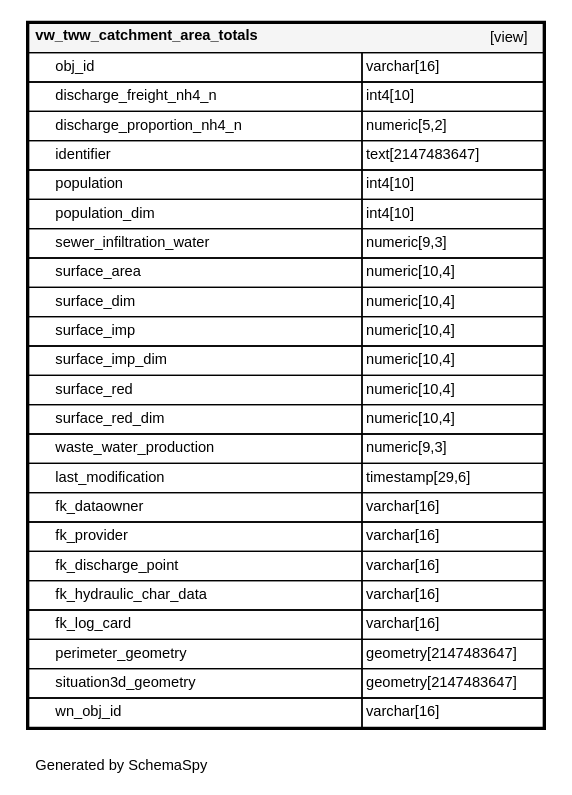
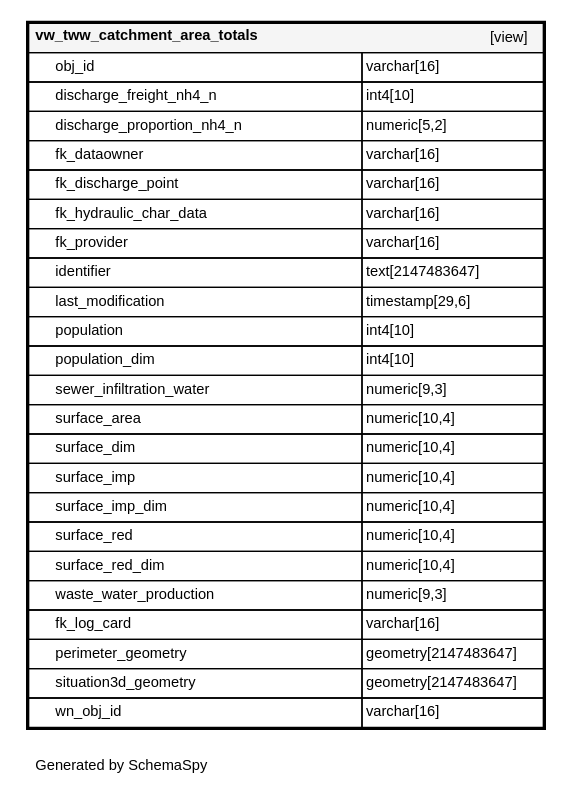
One commit to teksi/wastewater changed the diagram in fr/_static/datamodel/tww_app/diagrams/tables/vw_tww_catchment_area_totals.1degree.dot. Above: the diagram before and after it, drawn with Graphviz. The commit also changed other lines of this file and 117 other files, not shown here.

```diff
--- a/fr/_static/datamodel/tww_app/diagrams/tables/vw_tww_catchment_area_totals.1degree.dot
+++ b/fr/_static/datamodel/tww_app/diagrams/tables/vw_tww_catchment_area_totals.1degree.dot
@@ -1,35 +1,35 @@
 digraph "oneDegreeRelationshipsDiagram" {
   graph [    rankdir="RL"    bgcolor="#ffffff"    label="\nGenerated by SchemaSpy"    labeljust="l"    nodesep="0.18"    ranksep="0.46"    fontname="Helvetica"    fontsize="11"    packmode="graph"  ];  node [    fontname="Helvetica"    fontsize="11"    shape="plaintext"  ];  edge [    arrowsize="0.8"  ];
   "vw_tww_catchment_area_totals" [
    label=<
     <TABLE BORDER="2" CELLBORDER="1" CELLSPACING="0" BGCOLOR="#ffffff">
       <TR><TD COLSPAN="4"  BGCOLOR="#f5f5f5"><TABLE BORDER="0" CELLSPACING="0"><TR><TD ALIGN="LEFT" FIXEDSIZE="TRUE" WIDTH="229" HEIGHT="16"><B>vw_tww_catchment_area_totals</B></TD><TD ALIGN="RIGHT">[view]</TD></TR></TABLE></TD></TR>
       <TR><TD PORT="obj_id" COLSPAN="2" ALIGN="LEFT"><TABLE BORDER="0" CELLSPACING="0" ALIGN="LEFT"><TR ALIGN="LEFT"><TD ALIGN="LEFT" FIXEDSIZE="TRUE" WIDTH="15" HEIGHT="16"></TD><TD ALIGN="LEFT" FIXEDSIZE="TRUE" WIDTH="229" HEIGHT="16">obj_id</TD></TR></TABLE></TD><TD PORT="obj_id.type" ALIGN="LEFT">varchar[16]</TD></TR>
       <TR><TD PORT="discharge_freight_nh4_n" COLSPAN="2" ALIGN="LEFT"><TABLE BORDER="0" CELLSPACING="0" ALIGN="LEFT"><TR ALIGN="LEFT"><TD ALIGN="LEFT" FIXEDSIZE="TRUE" WIDTH="15" HEIGHT="16"></TD><TD ALIGN="LEFT" FIXEDSIZE="TRUE" WIDTH="229" HEIGHT="16">discharge_freight_nh4_n</TD></TR></TABLE></TD><TD PORT="discharge_freight_nh4_n.type" ALIGN="LEFT">int4[10]</TD></TR>
       <TR><TD PORT="discharge_proportion_nh4_n" COLSPAN="2" ALIGN="LEFT"><TABLE BORDER="0" CELLSPACING="0" ALIGN="LEFT"><TR ALIGN="LEFT"><TD ALIGN="LEFT" FIXEDSIZE="TRUE" WIDTH="15" HEIGHT="16"></TD><TD ALIGN="LEFT" FIXEDSIZE="TRUE" WIDTH="229" HEIGHT="16">discharge_proportion_nh4_n</TD></TR></TABLE></TD><TD PORT="discharge_proportion_nh4_n.type" ALIGN="LEFT">numeric[5,2]</TD></TR>
+      <TR><TD PORT="fk_dataowner" COLSPAN="2" ALIGN="LEFT"><TABLE BORDER="0" CELLSPACING="0" ALIGN="LEFT"><TR ALIGN="LEFT"><TD ALIGN="LEFT" FIXEDSIZE="TRUE" WIDTH="15" HEIGHT="16"></TD><TD ALIGN="LEFT" FIXEDSIZE="TRUE" WIDTH="229" HEIGHT="16">fk_dataowner</TD></TR></TABLE></TD><TD PORT="fk_dataowner.type" ALIGN="LEFT">varchar[16]</TD></TR>
+      <TR><TD PORT="fk_discharge_point" COLSPAN="2" ALIGN="LEFT"><TABLE BORDER="0" CELLSPACING="0" ALIGN="LEFT"><TR ALIGN="LEFT"><TD ALIGN="LEFT" FIXEDSIZE="TRUE" WIDTH="15" HEIGHT="16"></TD><TD ALIGN="LEFT" FIXEDSIZE="TRUE" WIDTH="229" HEIGHT="16">fk_discharge_point</TD></TR></TABLE></TD><TD PORT="fk_discharge_point.type" ALIGN="LEFT">varchar[16]</TD></TR>
+      <TR><TD PORT="fk_hydraulic_char_data" COLSPAN="2" ALIGN="LEFT"><TABLE BORDER="0" CELLSPACING="0" ALIGN="LEFT"><TR ALIGN="LEFT"><TD ALIGN="LEFT" FIXEDSIZE="TRUE" WIDTH="15" HEIGHT="16"></TD><TD ALIGN="LEFT" FIXEDSIZE="TRUE" WIDTH="229" HEIGHT="16">fk_hydraulic_char_data</TD></TR></TABLE></TD><TD PORT="fk_hydraulic_char_data.type" ALIGN="LEFT">varchar[16]</TD></TR>
+      <TR><TD PORT="fk_provider" COLSPAN="2" ALIGN="LEFT"><TABLE BORDER="0" CELLSPACING="0" ALIGN="LEFT"><TR ALIGN="LEFT"><TD ALIGN="LEFT" FIXEDSIZE="TRUE" WIDTH="15" HEIGHT="16"></TD><TD ALIGN="LEFT" FIXEDSIZE="TRUE" WIDTH="229" HEIGHT="16">fk_provider</TD></TR></TABLE></TD><TD PORT="fk_provider.type" ALIGN="LEFT">varchar[16]</TD></TR>
       <TR><TD PORT="identifier" COLSPAN="2" ALIGN="LEFT"><TABLE BORDER="0" CELLSPACING="0" ALIGN="LEFT"><TR ALIGN="LEFT"><TD ALIGN="LEFT" FIXEDSIZE="TRUE" WIDTH="15" HEIGHT="16"></TD><TD ALIGN="LEFT" FIXEDSIZE="TRUE" WIDTH="229" HEIGHT="16">identifier</TD></TR></TABLE></TD><TD PORT="identifier.type" ALIGN="LEFT">text[2147483647]</TD></TR>
+      <TR><TD PORT="last_modification" COLSPAN="2" ALIGN="LEFT"><TABLE BORDER="0" CELLSPACING="0" ALIGN="LEFT"><TR ALIGN="LEFT"><TD ALIGN="LEFT" FIXEDSIZE="TRUE" WIDTH="15" HEIGHT="16"></TD><TD ALIGN="LEFT" FIXEDSIZE="TRUE" WIDTH="229" HEIGHT="16">last_modification</TD></TR></TABLE></TD><TD PORT="last_modification.type" ALIGN="LEFT">timestamp[29,6]</TD></TR>
       <TR><TD PORT="population" COLSPAN="2" ALIGN="LEFT"><TABLE BORDER="0" CELLSPACING="0" ALIGN="LEFT"><TR ALIGN="LEFT"><TD ALIGN="LEFT" FIXEDSIZE="TRUE" WIDTH="15" HEIGHT="16"></TD><TD ALIGN="LEFT" FIXEDSIZE="TRUE" WIDTH="229" HEIGHT="16">population</TD></TR></TABLE></TD><TD PORT="population.type" ALIGN="LEFT">int4[10]</TD></TR>
       <TR><TD PORT="population_dim" COLSPAN="2" ALIGN="LEFT"><TABLE BORDER="0" CELLSPACING="0" ALIGN="LEFT"><TR ALIGN="LEFT"><TD ALIGN="LEFT" FIXEDSIZE="TRUE" WIDTH="15" HEIGHT="16"></TD><TD ALIGN="LEFT" FIXEDSIZE="TRUE" WIDTH="229" HEIGHT="16">population_dim</TD></TR></TABLE></TD><TD PORT="population_dim.type" ALIGN="LEFT">int4[10]</TD></TR>
       <TR><TD PORT="sewer_infiltration_water" COLSPAN="2" ALIGN="LEFT"><TABLE BORDER="0" CELLSPACING="0" ALIGN="LEFT"><TR ALIGN="LEFT"><TD ALIGN="LEFT" FIXEDSIZE="TRUE" WIDTH="15" HEIGHT="16"></TD><TD ALIGN="LEFT" FIXEDSIZE="TRUE" WIDTH="229" HEIGHT="16">sewer_infiltration_water</TD></TR></TABLE></TD><TD PORT="sewer_infiltration_water.type" ALIGN="LEFT">numeric[9,3]</TD></TR>
       <TR><TD PORT="surface_area" COLSPAN="2" ALIGN="LEFT"><TABLE BORDER="0" CELLSPACING="0" ALIGN="LEFT"><TR ALIGN="LEFT"><TD ALIGN="LEFT" FIXEDSIZE="TRUE" WIDTH="15" HEIGHT="16"></TD><TD ALIGN="LEFT" FIXEDSIZE="TRUE" WIDTH="229" HEIGHT="16">surface_area</TD></TR></TABLE></TD><TD PORT="surface_area.type" ALIGN="LEFT">numeric[10,4]</TD></TR>
       <TR><TD PORT="surface_dim" COLSPAN="2" ALIGN="LEFT"><TABLE BORDER="0" CELLSPACING="0" ALIGN="LEFT"><TR ALIGN="LEFT"><TD ALIGN="LEFT" FIXEDSIZE="TRUE" WIDTH="15" HEIGHT="16"></TD><TD ALIGN="LEFT" FIXEDSIZE="TRUE" WIDTH="229" HEIGHT="16">surface_dim</TD></TR></TABLE></TD><TD PORT="surface_dim.type" ALIGN="LEFT">numeric[10,4]</TD></TR>
       <TR><TD PORT="surface_imp" COLSPAN="2" ALIGN="LEFT"><TABLE BORDER="0" CELLSPACING="0" ALIGN="LEFT"><TR ALIGN="LEFT"><TD ALIGN="LEFT" FIXEDSIZE="TRUE" WIDTH="15" HEIGHT="16"></TD><TD ALIGN="LEFT" FIXEDSIZE="TRUE" WIDTH="229" HEIGHT="16">surface_imp</TD></TR></TABLE></TD><TD PORT="surface_imp.type" ALIGN="LEFT">numeric[10,4]</TD></TR>
       <TR><TD PORT="surface_imp_dim" COLSPAN="2" ALIGN="LEFT"><TABLE BORDER="0" CELLSPACING="0" ALIGN="LEFT"><TR ALIGN="LEFT"><TD ALIGN="LEFT" FIXEDSIZE="TRUE" WIDTH="15" HEIGHT="16"></TD><TD ALIGN="LEFT" FIXEDSIZE="TRUE" WIDTH="229" HEIGHT="16">surface_imp_dim</TD></TR></TABLE></TD><TD PORT="surface_imp_dim.type" ALIGN="LEFT">numeric[10,4]</TD></TR>
       <TR><TD PORT="surface_red" COLSPAN="2" ALIGN="LEFT"><TABLE BORDER="0" CELLSPACING="0" ALIGN="LEFT"><TR ALIGN="LEFT"><TD ALIGN="LEFT" FIXEDSIZE="TRUE" WIDTH="15" HEIGHT="16"></TD><TD ALIGN="LEFT" FIXEDSIZE="TRUE" WIDTH="229" HEIGHT="16">surface_red</TD></TR></TABLE></TD><TD PORT="surface_red.type" ALIGN="LEFT">numeric[10,4]</TD></TR>
       <TR><TD PORT="surface_red_dim" COLSPAN="2" ALIGN="LEFT"><TABLE BORDER="0" CELLSPACING="0" ALIGN="LEFT"><TR ALIGN="LEFT"><TD ALIGN="LEFT" FIXEDSIZE="TRUE" WIDTH="15" HEIGHT="16"></TD><TD ALIGN="LEFT" FIXEDSIZE="TRUE" WIDTH="229" HEIGHT="16">surface_red_dim</TD></TR></TABLE></TD><TD PORT="surface_red_dim.type" ALIGN="LEFT">numeric[10,4]</TD></TR>
       <TR><TD PORT="waste_water_production" COLSPAN="2" ALIGN="LEFT"><TABLE BORDER="0" CELLSPACING="0" ALIGN="LEFT"><TR ALIGN="LEFT"><TD ALIGN="LEFT" FIXEDSIZE="TRUE" WIDTH="15" HEIGHT="16"></TD><TD ALIGN="LEFT" FIXEDSIZE="TRUE" WIDTH="229" HEIGHT="16">waste_water_production</TD></TR></TABLE></TD><TD PORT="waste_water_production.type" ALIGN="LEFT">numeric[9,3]</TD></TR>
-      <TR><TD PORT="last_modification" COLSPAN="2" ALIGN="LEFT"><TABLE BORDER="0" CELLSPACING="0" ALIGN="LEFT"><TR ALIGN="LEFT"><TD ALIGN="LEFT" FIXEDSIZE="TRUE" WIDTH="15" HEIGHT="16"></TD><TD ALIGN="LEFT" FIXEDSIZE="TRUE" WIDTH="229" HEIGHT="16">last_modification</TD></TR></TABLE></TD><TD PORT="last_modification.type" ALIGN="LEFT">timestamp[29,6]</TD></TR>
-      <TR><TD PORT="fk_dataowner" COLSPAN="2" ALIGN="LEFT"><TABLE BORDER="0" CELLSPACING="0" ALIGN="LEFT"><TR ALIGN="LEFT"><TD ALIGN="LEFT" FIXEDSIZE="TRUE" WIDTH="15" HEIGHT="16"></TD><TD ALIGN="LEFT" FIXEDSIZE="TRUE" WIDTH="229" HEIGHT="16">fk_dataowner</TD></TR></TABLE></TD><TD PORT="fk_dataowner.type" ALIGN="LEFT">varchar[16]</TD></TR>
-      <TR><TD PORT="fk_provider" COLSPAN="2" ALIGN="LEFT"><TABLE BORDER="0" CELLSPACING="0" ALIGN="LEFT"><TR ALIGN="LEFT"><TD ALIGN="LEFT" FIXEDSIZE="TRUE" WIDTH="15" HEIGHT="16"></TD><TD ALIGN="LEFT" FIXEDSIZE="TRUE" WIDTH="229" HEIGHT="16">fk_provider</TD></TR></TABLE></TD><TD PORT="fk_provider.type" ALIGN="LEFT">varchar[16]</TD></TR>
-      <TR><TD PORT="fk_discharge_point" COLSPAN="2" ALIGN="LEFT"><TABLE BORDER="0" CELLSPACING="0" ALIGN="LEFT"><TR ALIGN="LEFT"><TD ALIGN="LEFT" FIXEDSIZE="TRUE" WIDTH="15" HEIGHT="16"></TD><TD ALIGN="LEFT" FIXEDSIZE="TRUE" WIDTH="229" HEIGHT="16">fk_discharge_point</TD></TR></TABLE></TD><TD PORT="fk_discharge_point.type" ALIGN="LEFT">varchar[16]</TD></TR>
-      <TR><TD PORT="fk_hydraulic_char_data" COLSPAN="2" ALIGN="LEFT"><TABLE BORDER="0" CELLSPACING="0" ALIGN="LEFT"><TR ALIGN="LEFT"><TD ALIGN="LEFT" FIXEDSIZE="TRUE" WIDTH="15" HEIGHT="16"></TD><TD ALIGN="LEFT" FIXEDSIZE="TRUE" WIDTH="229" HEIGHT="16">fk_hydraulic_char_data</TD></TR></TABLE></TD><TD PORT="fk_hydraulic_char_data.type" ALIGN="LEFT">varchar[16]</TD></TR>
       <TR><TD PORT="fk_log_card" COLSPAN="2" ALIGN="LEFT"><TABLE BORDER="0" CELLSPACING="0" ALIGN="LEFT"><TR ALIGN="LEFT"><TD ALIGN="LEFT" FIXEDSIZE="TRUE" WIDTH="15" HEIGHT="16"></TD><TD ALIGN="LEFT" FIXEDSIZE="TRUE" WIDTH="229" HEIGHT="16">fk_log_card</TD></TR></TABLE></TD><TD PORT="fk_log_card.type" ALIGN="LEFT">varchar[16]</TD></TR>
       <TR><TD PORT="perimeter_geometry" COLSPAN="2" ALIGN="LEFT"><TABLE BORDER="0" CELLSPACING="0" ALIGN="LEFT"><TR ALIGN="LEFT"><TD ALIGN="LEFT" FIXEDSIZE="TRUE" WIDTH="15" HEIGHT="16"></TD><TD ALIGN="LEFT" FIXEDSIZE="TRUE" WIDTH="229" HEIGHT="16">perimeter_geometry</TD></TR></TABLE></TD><TD PORT="perimeter_geometry.type" ALIGN="LEFT">geometry[2147483647]</TD></TR>
       <TR><TD PORT="situation3d_geometry" COLSPAN="2" ALIGN="LEFT"><TABLE BORDER="0" CELLSPACING="0" ALIGN="LEFT"><TR ALIGN="LEFT"><TD ALIGN="LEFT" FIXEDSIZE="TRUE" WIDTH="15" HEIGHT="16"></TD><TD ALIGN="LEFT" FIXEDSIZE="TRUE" WIDTH="229" HEIGHT="16">situation3d_geometry</TD></TR></TABLE></TD><TD PORT="situation3d_geometry.type" ALIGN="LEFT">geometry[2147483647]</TD></TR>
       <TR><TD PORT="wn_obj_id" COLSPAN="2" ALIGN="LEFT"><TABLE BORDER="0" CELLSPACING="0" ALIGN="LEFT"><TR ALIGN="LEFT"><TD ALIGN="LEFT" FIXEDSIZE="TRUE" WIDTH="15" HEIGHT="16"></TD><TD ALIGN="LEFT" FIXEDSIZE="TRUE" WIDTH="229" HEIGHT="16">wn_obj_id</TD></TR></TABLE></TD><TD PORT="wn_obj_id.type" ALIGN="LEFT">varchar[16]</TD></TR>
     </TABLE>>
     URL="../../tables/vw_tww_catchment_area_totals.html"
     target="_top"
     tooltip="vw_tww_catchment_area_totals"
   ];
 }
```
